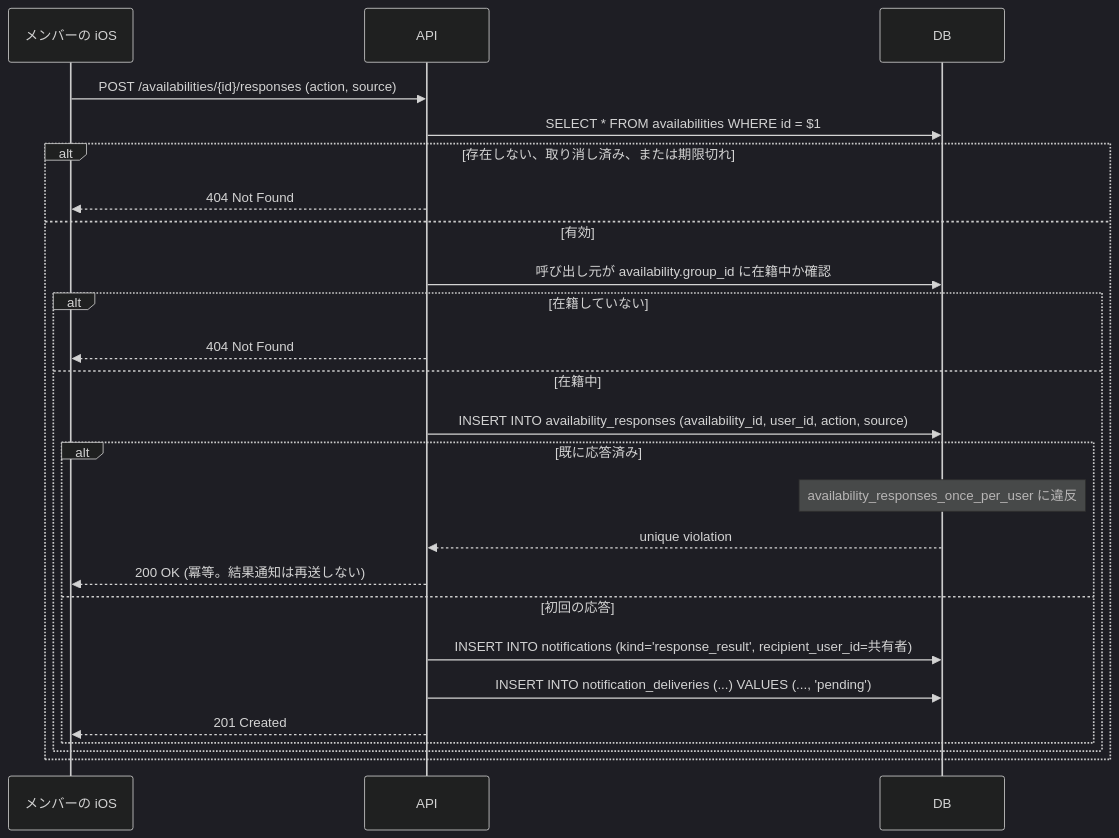
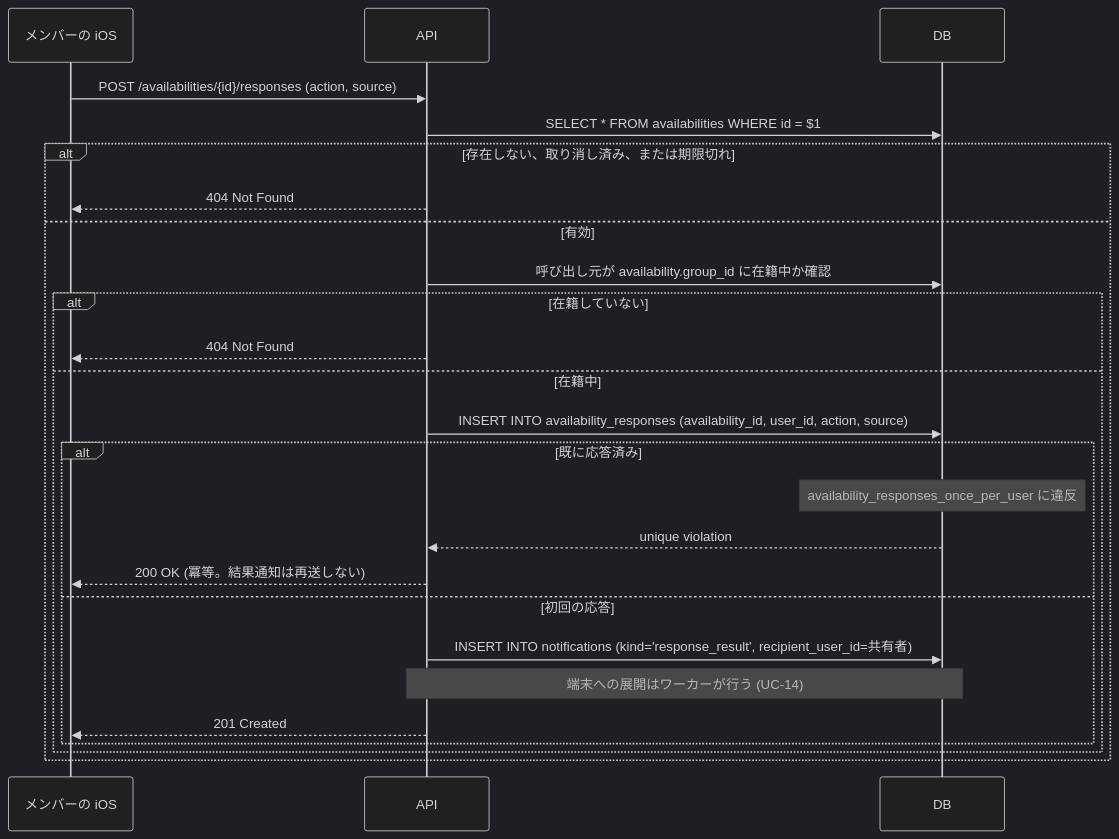
One commit to sawakishuto/himasoku-go changed the third of 6 diagrams in docs/usecases/availability-sharing.md. Above: the diagram before and after it, drawn with Mermaid (dark theme). The commit also changed other lines of this file and 3 other files, not shown here.

````diff
--- a/docs/usecases/availability-sharing.md
+++ b/docs/usecases/availability-sharing.md
@@ -151,30 +167,30 @@
 ```mermaid
 sequenceDiagram
     participant メンバー as メンバーの iOS
     participant API
     participant DB
 
     メンバー->>API: POST /availabilities/{id}/responses (action, source)
     API->>DB: SELECT * FROM availabilities WHERE id = $1
 
     alt 存在しない、取り消し済み、または期限切れ
         API-->>メンバー: 404 Not Found
     else 有効
         API->>DB: 呼び出し元が availability.group_id に在籍中か確認
         alt 在籍していない
             API-->>メンバー: 404 Not Found
         else 在籍中
             API->>DB: INSERT INTO availability_responses (availability_id, user_id, action, source)
 
             alt 既に応答済み
                 Note over DB: availability_responses_once_per_user に違反
                 DB-->>API: unique violation
                 API-->>メンバー: 200 OK (冪等。結果通知は再送しない)
             else 初回の応答
                 API->>DB: INSERT INTO notifications (kind='response_result', recipient_user_id=共有者)
-                API->>DB: INSERT INTO notification_deliveries (...) VALUES (..., 'pending')
+                Note over API,DB: 端末への展開はワーカーが行う (UC-14)
                 API-->>メンバー: 201 Created
             end
         end
     end
 ```
````
